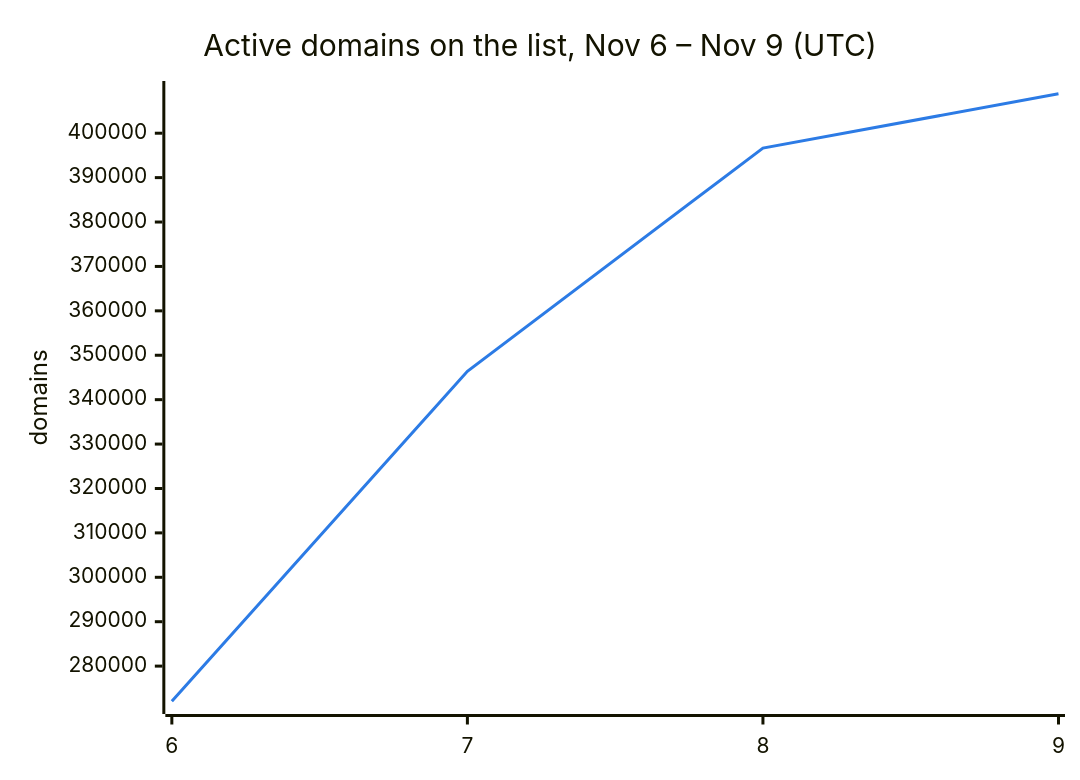
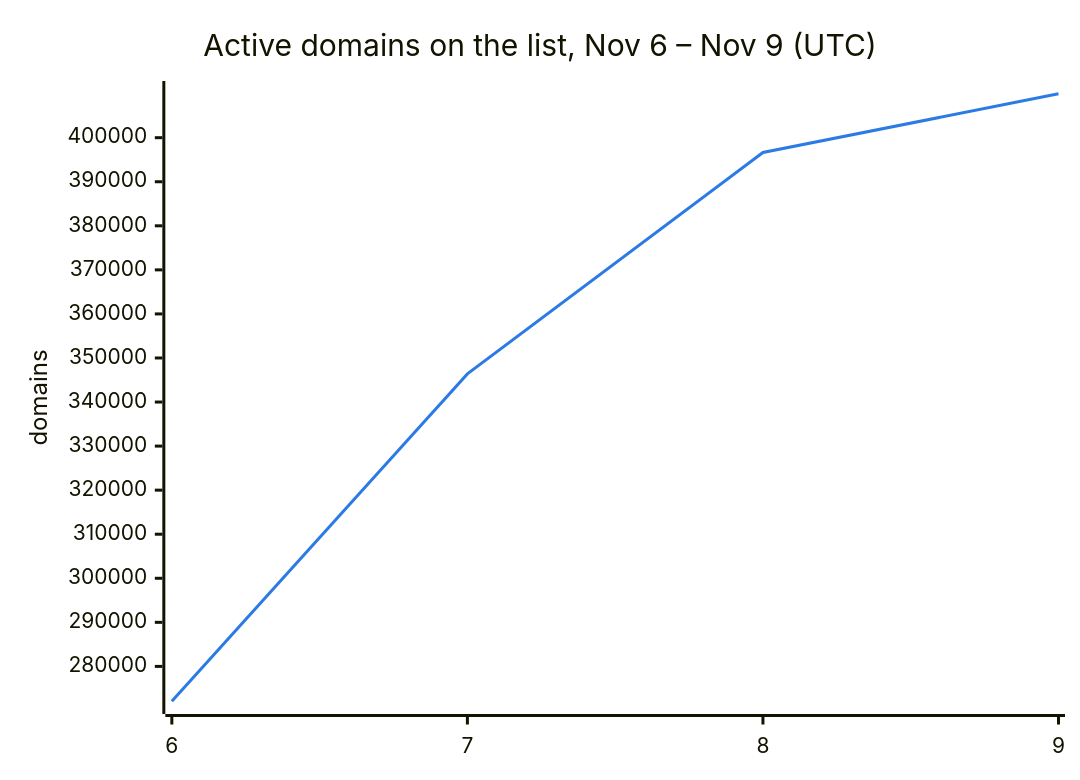
Before and after one commit to DNSBunker/CTI: the second of 3 diagrams in README.md, drawn with Mermaid. The commit also changed other lines of this file and 3 other files, not shown here.

````diff
--- a/README.md
+++ b/README.md
@@ -38,8 +38,8 @@
 ```mermaid
 %%{init: {"themeVariables": {"xyChart": {"plotColorPalette": "#2c7be5"}}}}%%
 xychart-beta
     title "Active domains on the list, Nov 6 – Nov 9 (UTC)"
     x-axis ["6", "7", "8", "9"]
     y-axis "domains"
-    line [272088, 346388, 396638, 408886]
+    line [272088, 346388, 396638, 409973]
 ```
````
